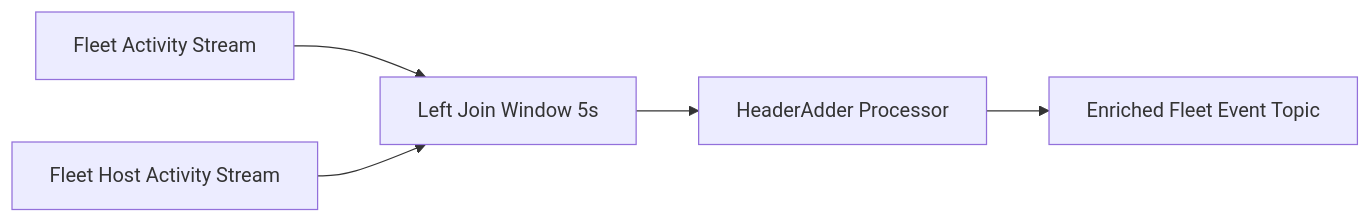
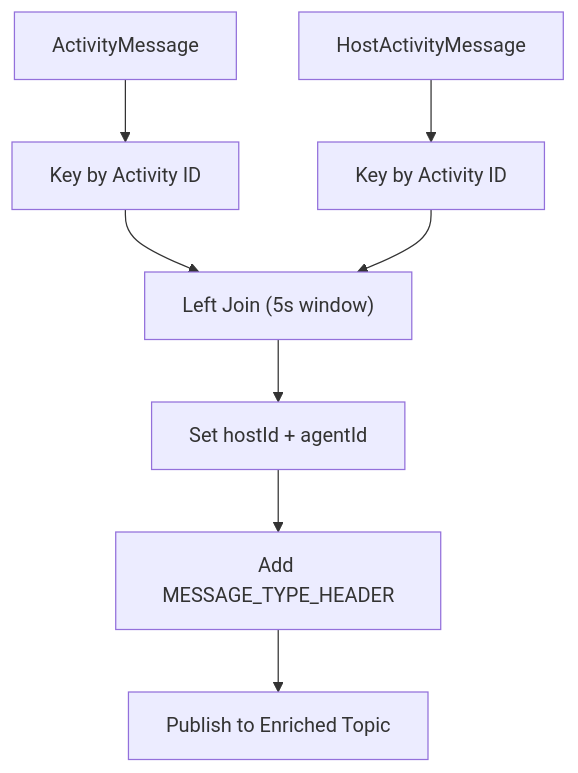
Before and after one commit to Praesto-Pro/openframe-oss-tenant: the diagram in docs/architecture/diagrams/stream-service-core-5.mmd, drawn with Mermaid. The commit also changed 149 other files, not shown here.

```diff
--- a/docs/architecture/diagrams/stream-service-core-5.mmd
+++ b/docs/architecture/diagrams/stream-service-core-5.mmd
@@ -1,5 +1,10 @@
-flowchart LR
-    Activity["Fleet Activity Stream"] --> Join["Left Join Window 5s"]
-    HostActivity["Fleet Host Activity Stream"] --> Join
-    Join --> Header["HeaderAdder Processor"]
-    Header --> OutTopic["Enriched Fleet Event Topic"]
+flowchart TD
+    Activity["ActivityMessage"] --> ReKeyA["Key by Activity ID"]
+    HostActivity["HostActivityMessage"] --> ReKeyH["Key by Activity ID"]
+
+    ReKeyA --> Join["Left Join (5s window)"]
+    ReKeyH --> Join
+
+    Join --> Enriched["Set hostId + agentId"]
+    Enriched --> Header["Add MESSAGE_TYPE_HEADER"]
+    Header --> Output["Publish to Enriched Topic"]
```
